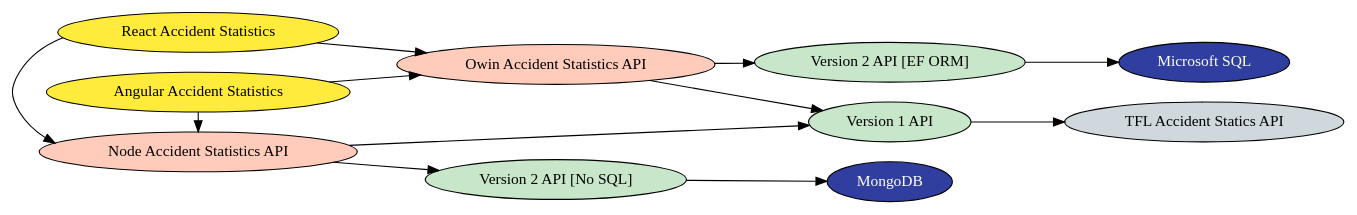
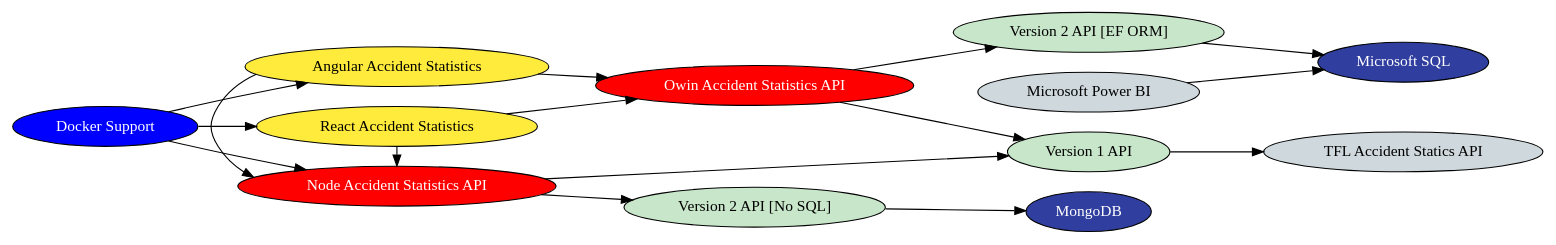
The diagram in diagram/architecture.dot (vfarah-if/GitPlayground), drawn with Graphviz before and after one commit. The commit also changed 2 other files, not shown here.

Commit message:
Extended an architecture diagram describing plan

```diff
--- a/diagram/architecture.dot
+++ b/diagram/architecture.dot
@@ -1,48 +1,58 @@
 digraph architecture {
   rankdir=LR;
 
   // Storage - #303F9F (dark blue)
   node[fillcolor="#303F9F" style="filled" fontcolor="white"];
   database[label="Microsoft SQL"]; 
   mongo_db[label="MongoDB"];
   
   // Client-side Apps - #FFEB3B (yellow)
   node[fillcolor="#FFEB3B" style="filled" fontcolor="black"];
   ng_front_end[label="Angular Accident Statistics"]; 
   react_front_end[label="React Accident Statistics"];
   
   // Data Persistence - #C8E6C9 (light green)
   node[fillcolor="#C8E6C9" style="filled" fontcolor="black"];
   orm[label="Version 2 API [EF ORM]"]; 
   no_sql_database[label="Version 2 API [No SQL]"]; 
-  version1_api[label="Version 1 API"];
+  live_api[label="Version 1 API"];
   
-  // Backend API's - #FFCCBC (light orange)
-  node[fillcolor="#FFCCBC" style="filled" fontcolor="black"];
+  // Backend API's - #FF0000 (red)
+  node[fillcolor="#FF0000" style="filled" fontcolor="white"];
   node_api[label="Node Accident Statistics API"]; 
   owin_api[label="Owin Accident Statistics API"];
   
   // 3rd-party APIs - #CFD8DC (light grey)
   node[fillcolor="#CFD8DC" style="filled" fontcolor="black"];
   tfl_api[label="TFL Accident Statics API"];
+  power_bi[label="Microsoft Power BI"]
+
+  // Docker Support - #0000FF (blue)
+  node[fillcolor="#0000FF" style="filled" fontcolor="white"];
+  docker_support[label="Docker Support"];
 
   subgraph client_side_apps {
       ng_front_end -> {node_api,owin_api};
       react_front_end -> {node_api,owin_api};
       {rank=same; ng_front_end, react_front_end, node_api};
   }
   
   subgraph owin_api_structure {
-     owin_api -> {orm, version1_api};
+     owin_api -> {orm, live_api};
   }
 
   subgraph node_api_structure {
-     node_api -> {no_sql_database, version1_api};
+     node_api -> {no_sql_database, live_api};
   }
   
   subgraph durability {
       orm -> {database};
       no_sql_database -> {mongo_db};
-      version1_api -> {tfl_api};
+      live_api -> {tfl_api};
+      power_bi -> {database};
+  }
+
+  subgraph docker_containers {
+     docker_support -> {ng_front_end, react_front_end, node_api};
   }
 }
```
